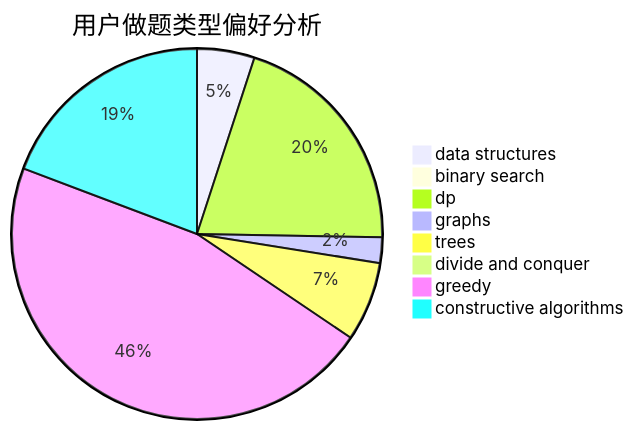
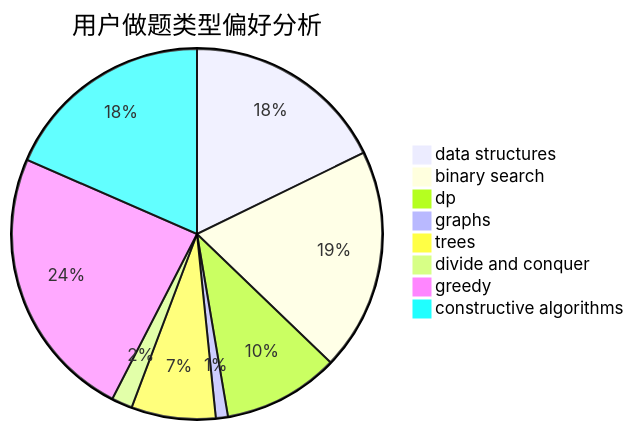
The second of 3 diagrams in docs/user/u1255.md (sherpahu/cfrs.github.io), drawn with Mermaid before and after one commit. The commit also changed other lines of this file and 2770 other files, not shown here.

````diff
--- a/docs/user/u1255.md
+++ b/docs/user/u1255.md
@@ -23,11 +23,11 @@
 ```mermaid
 pie title 用户做题类型偏好分析
-    "data structures" :  94
-    "binary search" :  10
-    "dp" :  380
-    "graphs" :  42
-    "trees" :  130
-    "divide and conquer" :  12
-    "greedy" :  868
-    "constructive algorithms" :  361
+    "data structures" :  186
+    "binary search" :  203
+    "dp" :  106
+    "graphs" :  11
+    "trees" :  77
+    "divide and conquer" :  19
+    "greedy" :  251
+    "constructive algorithms" :  193
 ```
````
